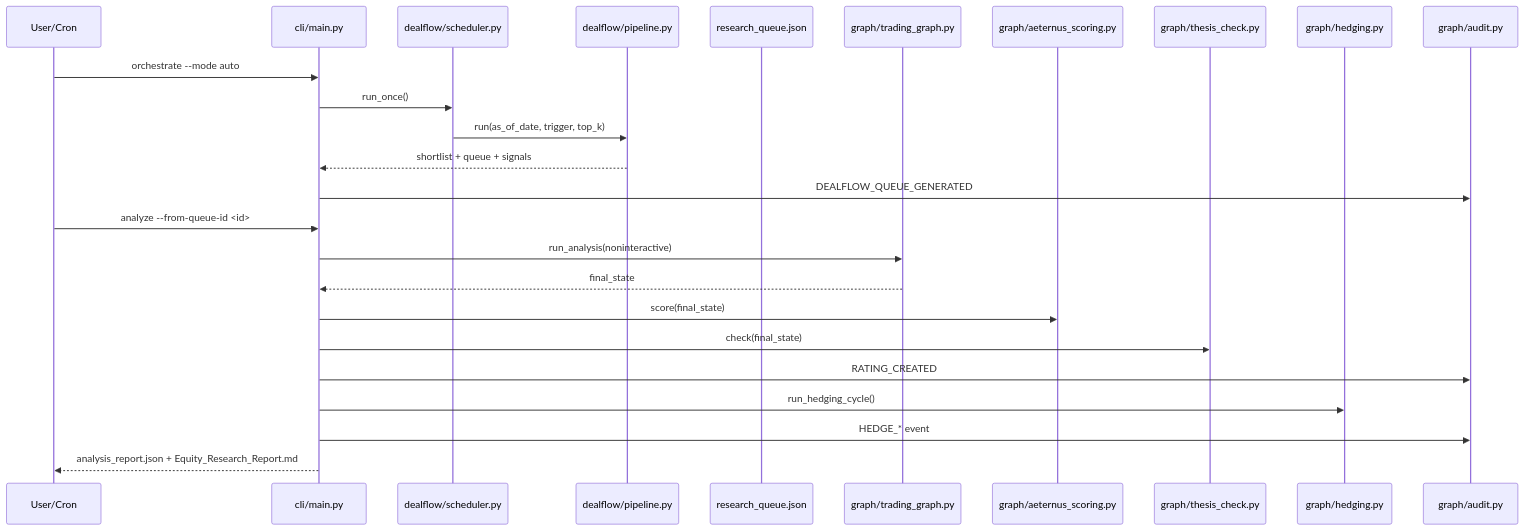
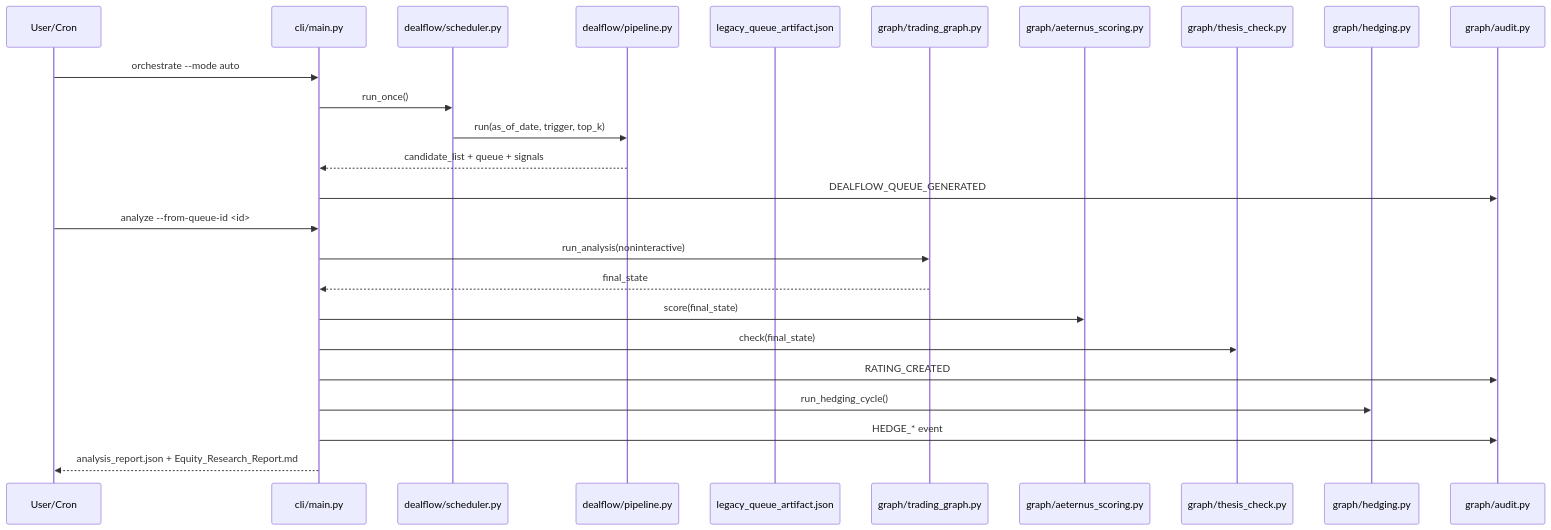
Before and after one commit to VPAeternus/Aeternus: the fourth of 7 diagrams in memory/archive/DeepWiki_System_Architecture.md, drawn with Mermaid. The commit also changed other lines of this file and 3604 other files, not shown here.

````diff
--- a/memory/archive/DeepWiki_System_Architecture.md
+++ b/memory/archive/DeepWiki_System_Architecture.md
@@ -121,29 +121,29 @@
 ```mermaid
 sequenceDiagram
     participant U as User/Cron
     participant CLI as cli/main.py
     participant SCH as dealflow/scheduler.py
     participant DF as dealflow/pipeline.py
-    participant RQ as research_queue.json
+    participant RQ as legacy_queue_artifact.json
     participant G as graph/trading_graph.py
     participant SC as graph/aeternus_scoring.py
     participant TC as graph/thesis_check.py
     participant HG as graph/hedging.py
     participant AU as graph/audit.py
 
     U->>CLI: orchestrate --mode auto
     CLI->>SCH: run_once()
     SCH->>DF: run(as_of_date, trigger, top_k)
-    DF-->>CLI: shortlist + queue + signals
+    DF-->>CLI: candidate_list + queue + signals
     CLI->>AU: DEALFLOW_QUEUE_GENERATED
 
     U->>CLI: analyze --from-queue-id <id>
     CLI->>G: run_analysis(noninteractive)
     G-->>CLI: final_state
     CLI->>SC: score(final_state)
     CLI->>TC: check(final_state)
     CLI->>AU: RATING_CREATED
     CLI->>HG: run_hedging_cycle()
     CLI->>AU: HEDGE_* event
     CLI-->>U: analysis_report.json + Equity_Research_Report.md
 ```
````
